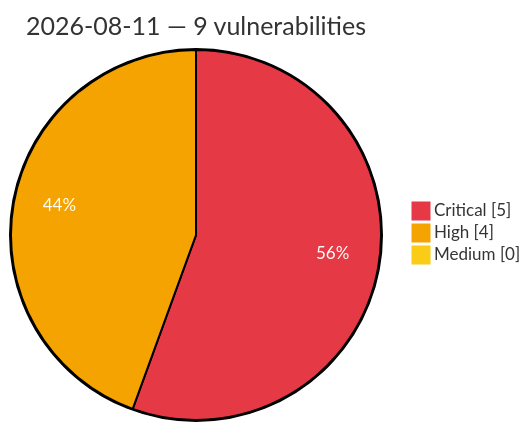
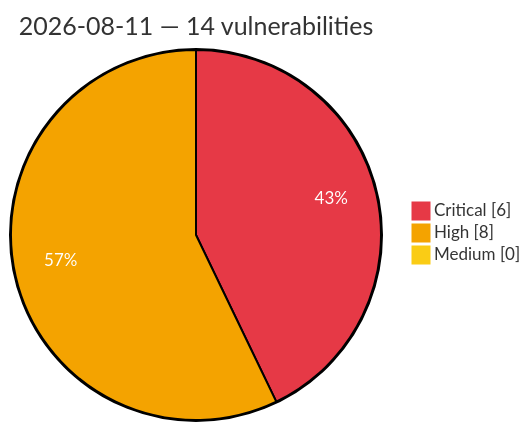
The diagram in vulnerabilities/2026/August/2026-08-11.md (GhostX0X/vuln-tracker), drawn with Mermaid before and after one commit. The commit also changed other lines of this file and 5 other files, not shown here.

Commit message:
Auto update: critical/high vulns (2026-08-11 09:58 UTC)

````diff
--- a/vulnerabilities/2026/August/2026-08-11.md
+++ b/vulnerabilities/2026/August/2026-08-11.md
@@ -3,8 +3,8 @@
 ```mermaid
 %%{init: {'theme':'base', 'themeVariables': {'pie1':'#e63946', 'pie2':'#f4a300', 'pie3':'#facc15', 'pieOpacity':'1', 'pieOuterStrokeWidth':'2px', 'pieSectionTextColor':'#ffffff'}}}%%
 pie showData
-    title 2026-08-11 — 9 vulnerabilities
-    "Critical" : 5
-    "High" : 4
+    title 2026-08-11 — 14 vulnerabilities
+    "Critical" : 6
+    "High" : 8
     "Medium" : 0
 ```
````
